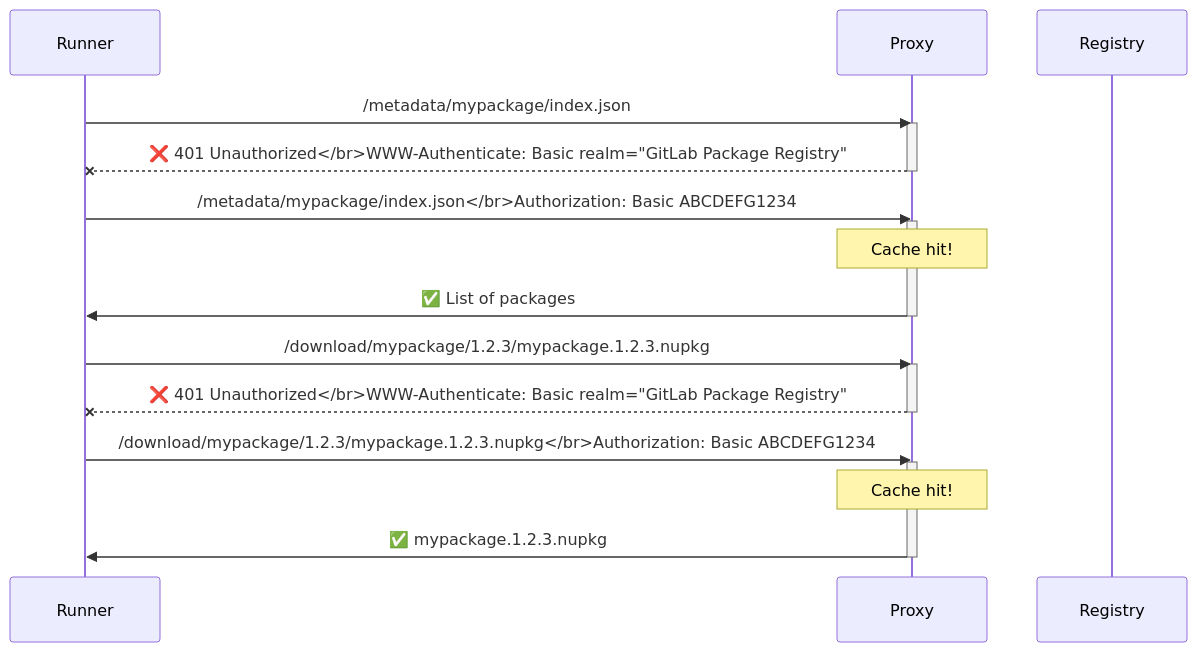
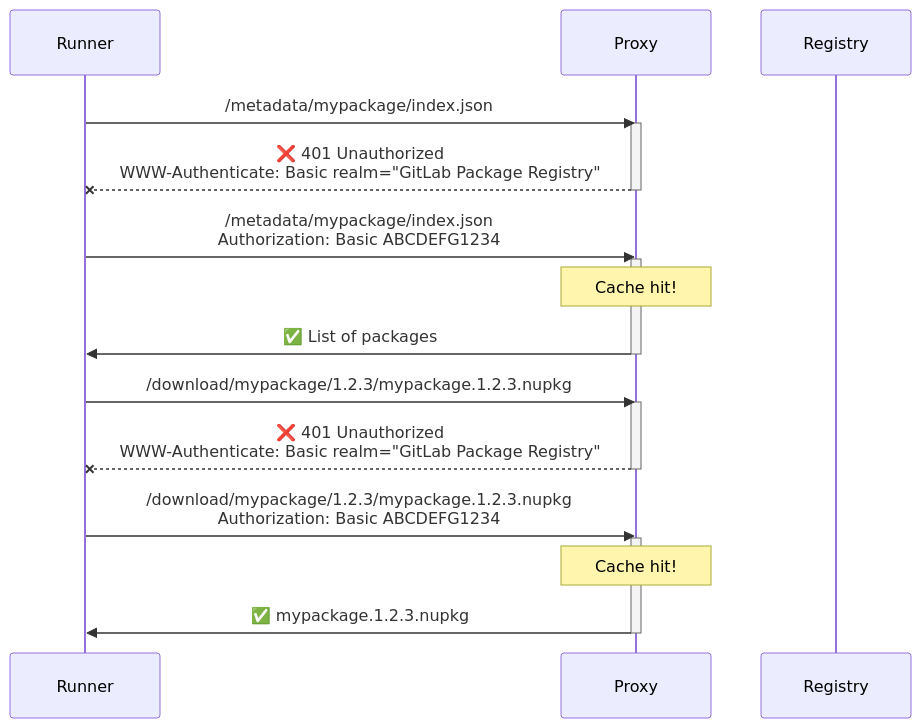
The sixth of 6 diagrams in content/articles/nuget-caching/index.md (ogxd/ogxd.github.io), drawn with Mermaid before and after one commit. The commit also changed other lines of this file, not shown here.

```diff
--- a/content/articles/nuget-caching/index.md
+++ b/content/articles/nuget-caching/index.md
@@ -251,32 +251,32 @@
 {{<mermaid>}}
 sequenceDiagram
     participant Runner
     participant Proxy
     participant Registry
 
     Runner->>Proxy: /metadata/mypackage/index.json
     activate Proxy
-    Proxy--xRunner: ❌ 401 Unauthorized</br>WWW-Authenticate: Basic realm="GitLab Package Registry"
+    Proxy--xRunner: ❌ 401 Unauthorized<br/>WWW-Authenticate: Basic realm="GitLab Package Registry"
     deactivate Proxy
 
-    Runner->>Proxy: /metadata/mypackage/index.json</br>Authorization: Basic ABCDEFG1234
+    Runner->>Proxy: /metadata/mypackage/index.json<br/>Authorization: Basic ABCDEFG1234
     activate Proxy
 
     Note over Proxy: Cache hit!
 
     Proxy->>Runner: ✅ List of packages
     deactivate Proxy
 
     Runner->>Proxy: /download/mypackage/1.2.3/mypackage.1.2.3.nupkg
     activate Proxy
-    Proxy--xRunner: ❌ 401 Unauthorized</br>WWW-Authenticate: Basic realm="GitLab Package Registry"
+    Proxy--xRunner: ❌ 401 Unauthorized<br/>WWW-Authenticate: Basic realm="GitLab Package Registry"
     deactivate Proxy
 
-    Runner->>Proxy: /download/mypackage/1.2.3/mypackage.1.2.3.nupkg</br>Authorization: Basic ABCDEFG1234
+    Runner->>Proxy: /download/mypackage/1.2.3/mypackage.1.2.3.nupkg<br/>Authorization: Basic ABCDEFG1234
     activate Proxy
 
     Note over Proxy: Cache hit!
 
     Proxy->>Runner: ✅ mypackage.1.2.3.nupkg
     deactivate Proxy
 {{</mermaid>}}
```
